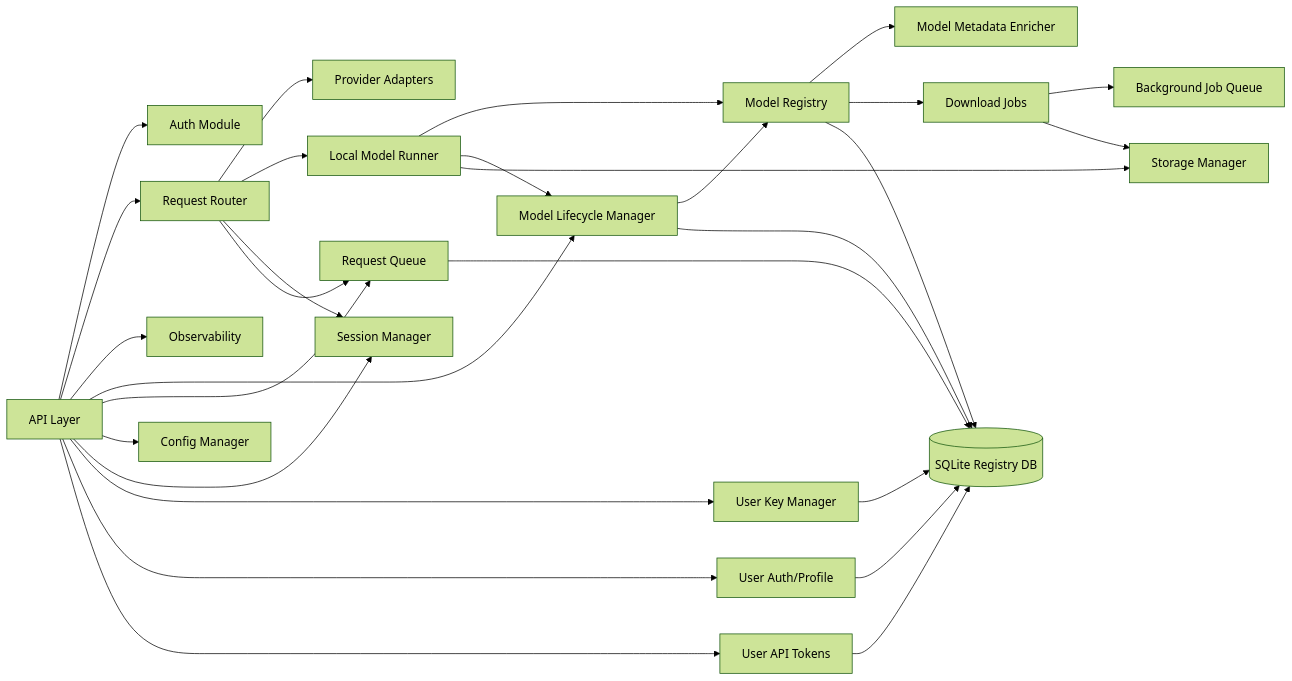
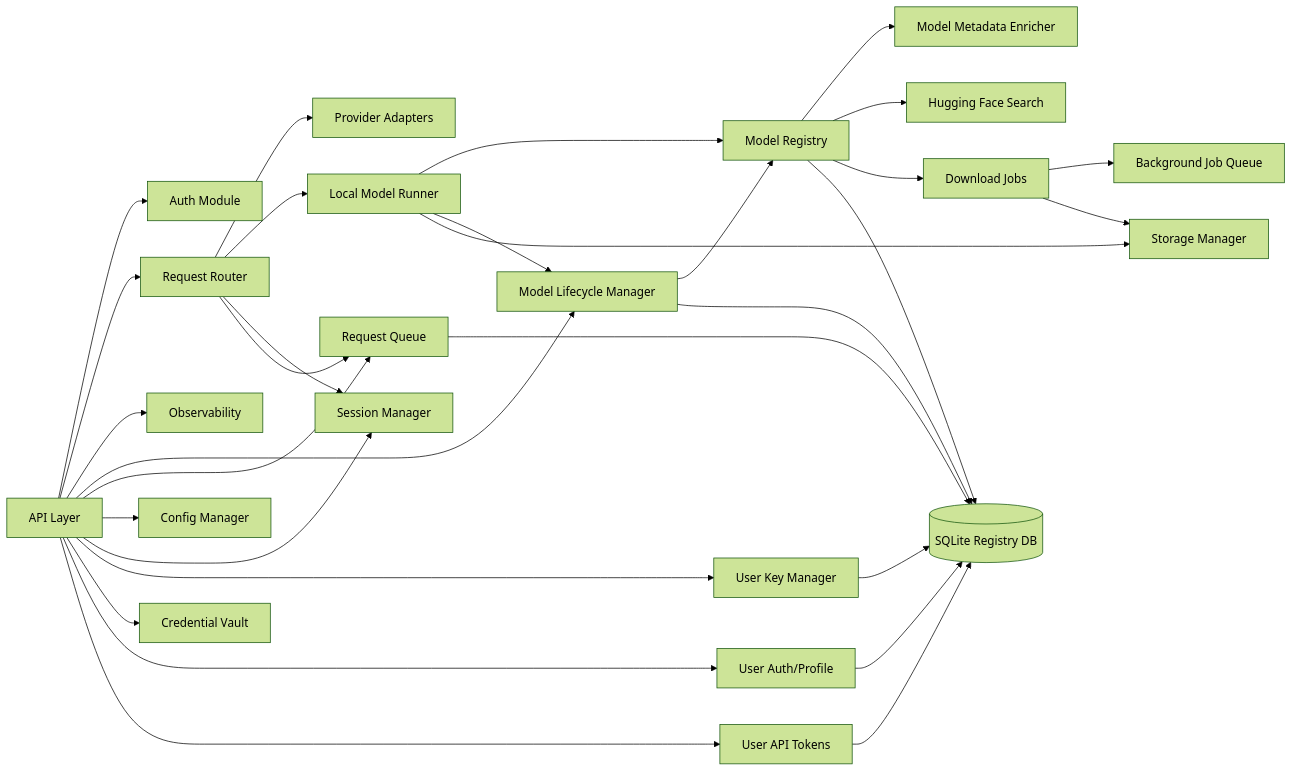
One commit to pluggably/llm_api changed the first of 7 diagrams in docs/architecture/software_architecture_backend.md. Above: the diagram before and after it, drawn with Mermaid (forest theme). The commit also changed other lines of this file and 30 other files, not shown here.

````diff
--- a/docs/architecture/software_architecture_backend.md
+++ b/docs/architecture/software_architecture_backend.md
@@ -12,51 +12,55 @@
 ```mermaid
 graph LR
     API[API Layer]
     Auth[Auth Module]
     Router[Request Router]
     Adapters[Provider Adapters]
     Runner[Local Model Runner]
     Registry[Model Registry]
     Lifecycle[Model Lifecycle Manager]
     ReqQueue[Request Queue]
     Enrich[Model Metadata Enricher]
+    CatalogSearch[Hugging Face Search]
     Downloader[Download Jobs]
     Queue[Background Job Queue]
     Storage[Storage Manager]
     Config[Config Manager]
     Obs[Observability]
     Sessions[Session Manager]
     Keys[User Key Manager]
+    Creds[Credential Vault]
     Users[User Auth/Profile]
     Tokens[User API Tokens]
     DB[(SQLite Registry DB)]
 
     API --> Auth
     API --> Router
     API --> Obs
     API --> Lifecycle
     API --> ReqQueue
     Router --> Adapters
     Router --> Runner
     Router --> Sessions
     Router --> ReqQueue
     Runner --> Registry
     Runner --> Lifecycle
     Lifecycle --> Registry
     Lifecycle --> DB
     ReqQueue --> DB
     Registry --> Enrich
+    Registry --> CatalogSearch
     Registry --> Downloader
     Downloader --> Queue
     Registry --> DB
     Keys --> DB
     Users --> DB
     Tokens --> DB
     Downloader --> Storage
     Runner --> Storage
     API --> Config
     API --> Sessions
     API --> Keys
+    API --> Creds
     API --> Users
     API --> Tokens
 ```
````
